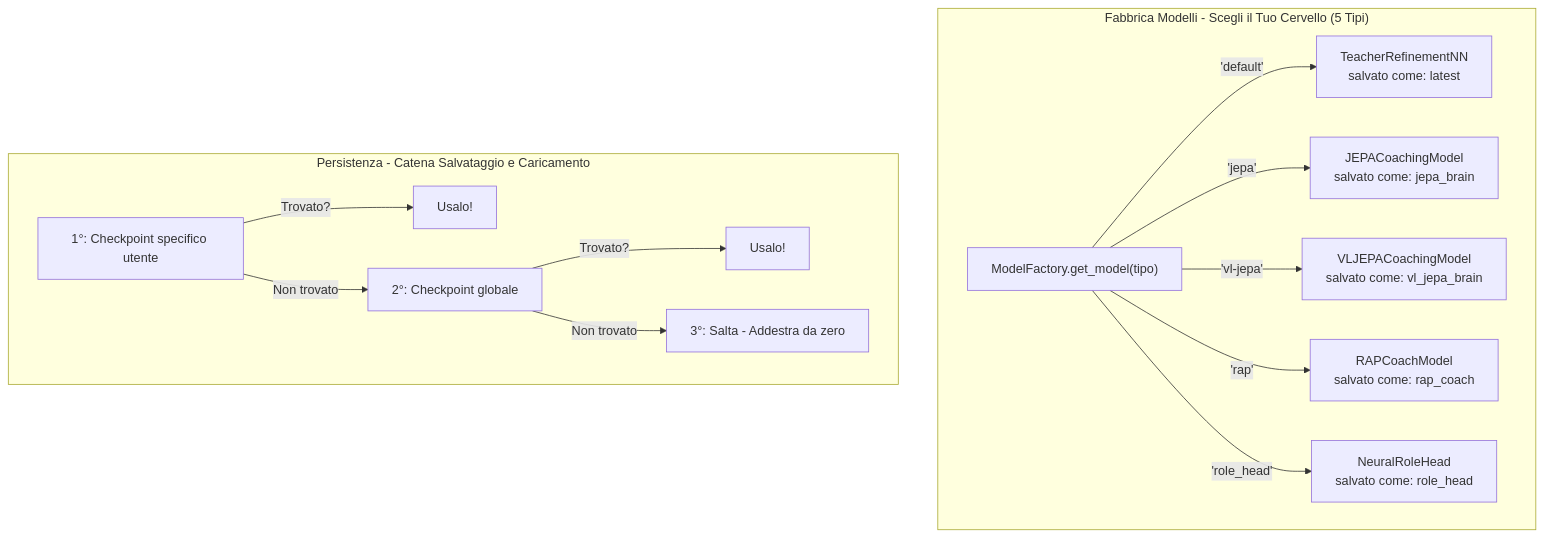
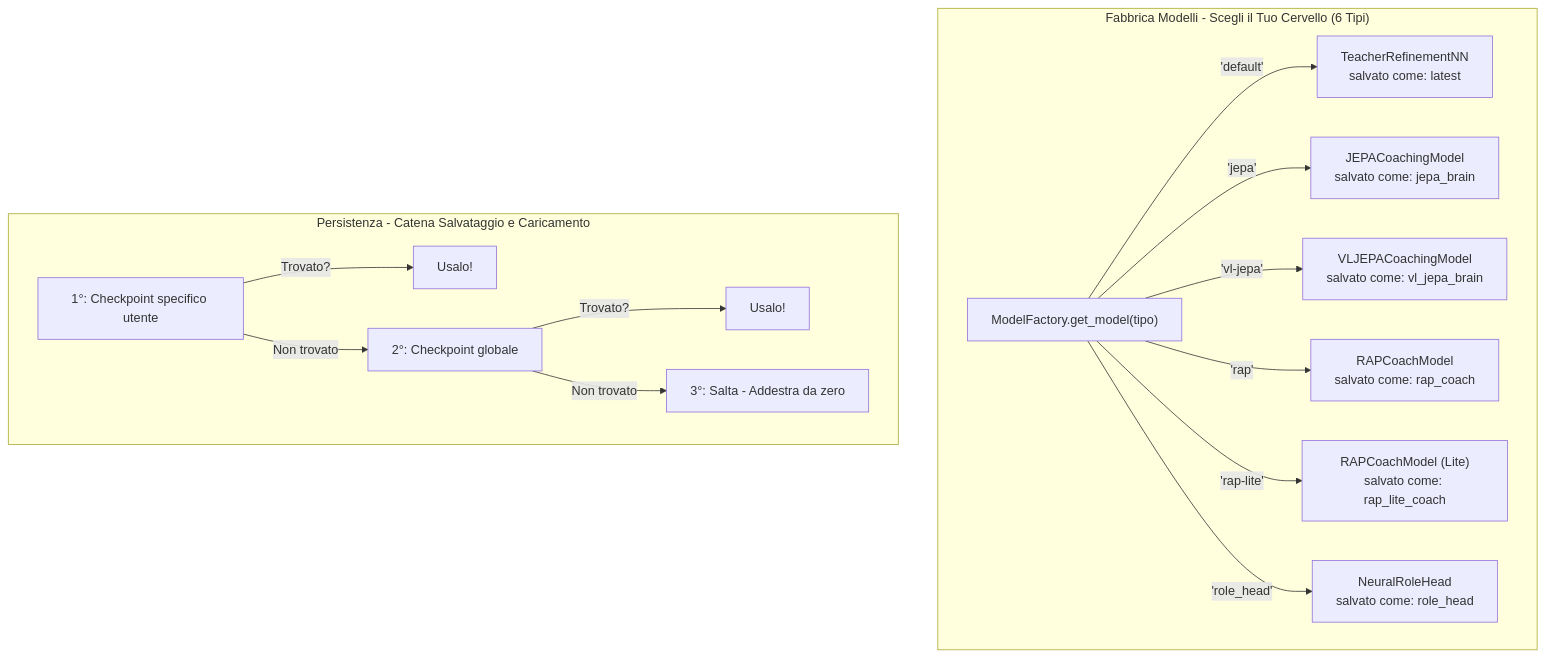
Diagram 17 of 22 in docs/Book-Coach-1A.md (renanaugustomacena-ux/Counter-Strike-coach-AI), drawn with Mermaid before and after one commit. The commit also changed other lines of this file and 1 other file, not shown here.

First line of the commit message:
Update Book-Coach-1A and 1B with accurate architecture details

````diff
--- a/docs/Book-Coach-1A.md
+++ b/docs/Book-Coach-1A.md
@@ -976,17 +998,18 @@
 ```mermaid
 flowchart TB
-    subgraph FACTORY["Fabbrica Modelli - Scegli il Tuo Cervello (5 Tipi)"]
+    subgraph FACTORY["Fabbrica Modelli - Scegli il Tuo Cervello (6 Tipi)"]
         CREATE["ModelFactory.get_model(tipo)"]
         CREATE -->|"'default'"| LEGACY["TeacherRefinementNN<br/>salvato come: latest"]
         CREATE -->|"'jepa'"| JMODEL["JEPACoachingModel<br/>salvato come: jepa_brain"]
         CREATE -->|"'vl-jepa'"| VLJMODEL["VLJEPACoachingModel<br/>salvato come: vl_jepa_brain"]
         CREATE -->|"'rap'"| RMODEL["RAPCoachModel<br/>salvato come: rap_coach"]
+        CREATE -->|"'rap-lite'"| RLMODEL["RAPCoachModel (Lite)<br/>salvato come: rap_lite_coach"]
         CREATE -->|"'role_head'"| RHMODEL["NeuralRoleHead<br/>salvato come: role_head"]
     end
     subgraph PERSIST["Persistenza - Catena Salvataggio e Caricamento"]
         TRY1["1°: Checkpoint specifico utente"] -->|"Trovato?"| USE1["Usalo!"]
         TRY1 -->|"Non trovato"| TRY2["2°: Checkpoint globale"]
         TRY2 -->|"Trovato?"| USE2["Usalo!"]
         TRY2 -->|"Non trovato"| TRY3["3°: Salta - Addestra da zero"]
     end
 ```
````
